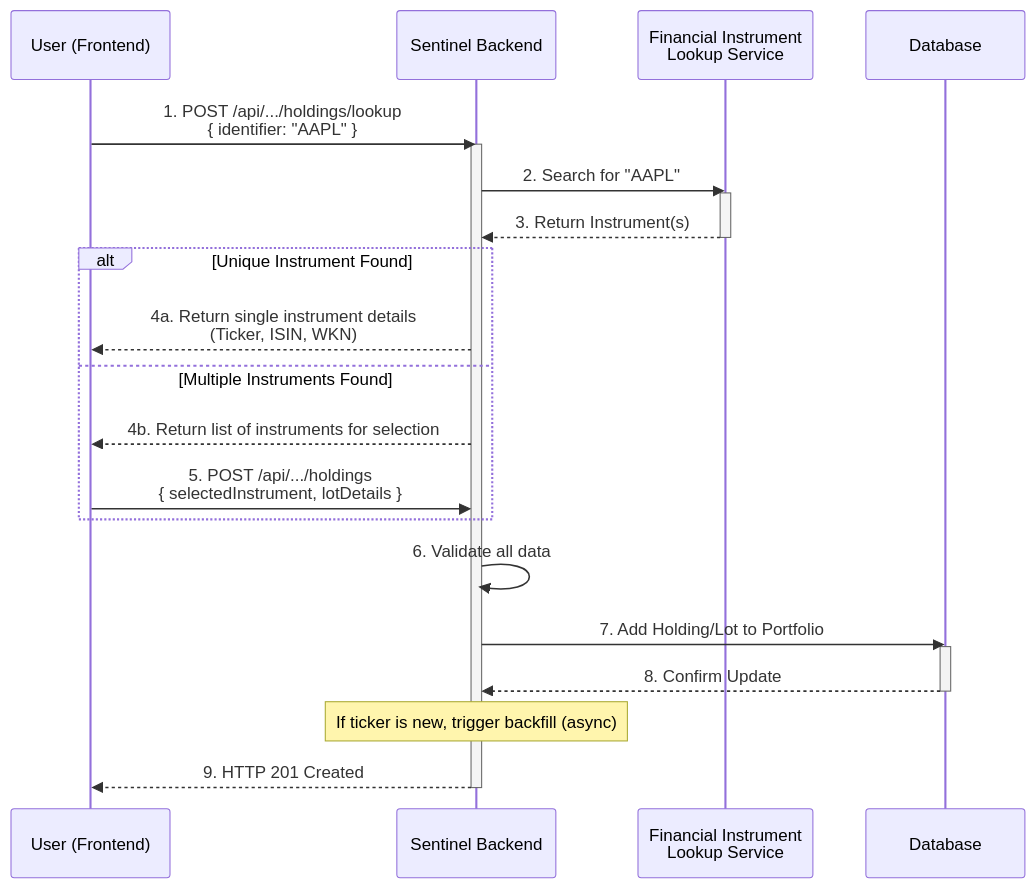
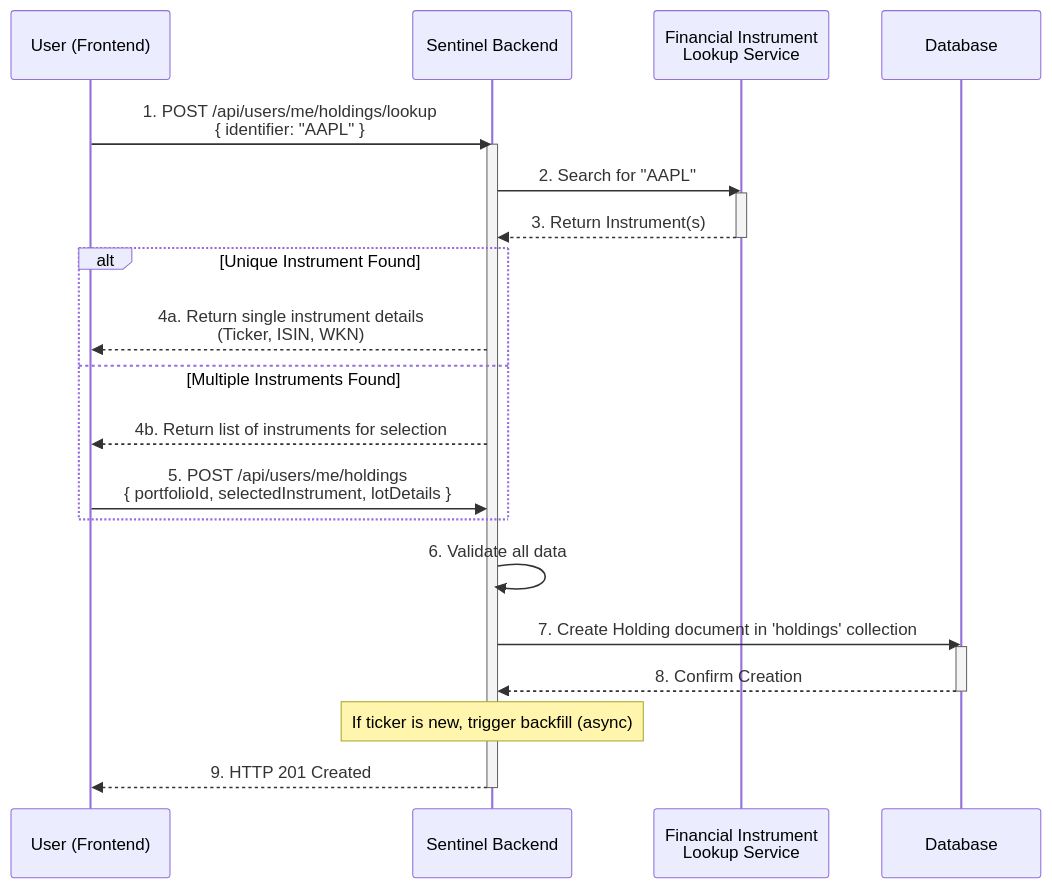
The seventh of 17 diagrams in product_spec.md (enzhao/Sentinel), drawn with Mermaid before and after one commit. The commit also changed other lines of this file, not shown here.

First line of the commit message:
docs(spec): refactor holding as top-level entity

````diff
--- a/product_spec.md
+++ b/product_spec.md
@@ -527,32 +542,32 @@
 ```mermaid
 sequenceDiagram
     participant User as User (Frontend)
     participant Sentinel as Sentinel Backend
     participant Lookup as Financial Instrument<br>Lookup Service
     participant DB as Database
 
-    User->>Sentinel: 1. POST /api/.../holdings/lookup<br> { identifier: "AAPL" }
+    User->>Sentinel: 1. POST /api/users/me/holdings/lookup<br> { identifier: "AAPL" }
     activate Sentinel
     Sentinel->>Lookup: 2. Search for "AAPL"
     activate Lookup
     Lookup-->>Sentinel: 3. Return Instrument(s)
     deactivate Lookup
     
     alt Unique Instrument Found
         Sentinel-->>User: 4a. Return single instrument details<br> (Ticker, ISIN, WKN)
     else Multiple Instruments Found
         Sentinel-->>User: 4b. Return list of instruments for selection
-        User->>Sentinel: 5. POST /api/.../holdings<br> { selectedInstrument, lotDetails }
+        User->>Sentinel: 5. POST /api/users/me/holdings<br> { portfolioId, selectedInstrument, lotDetails }
     end
 
     Sentinel->>Sentinel: 6. Validate all data
-    Sentinel->>DB: 7. Add Holding/Lot to Portfolio
+    Sentinel->>DB: 7. Create Holding document in 'holdings' collection
     activate DB
-    DB-->>Sentinel: 8. Confirm Update
+    DB-->>Sentinel: 8. Confirm Creation
     deactivate DB
     
     Note over Sentinel: If ticker is new, trigger backfill (async)
     
     Sentinel-->>User: 9. HTTP 201 Created
     deactivate Sentinel
 ```
````
